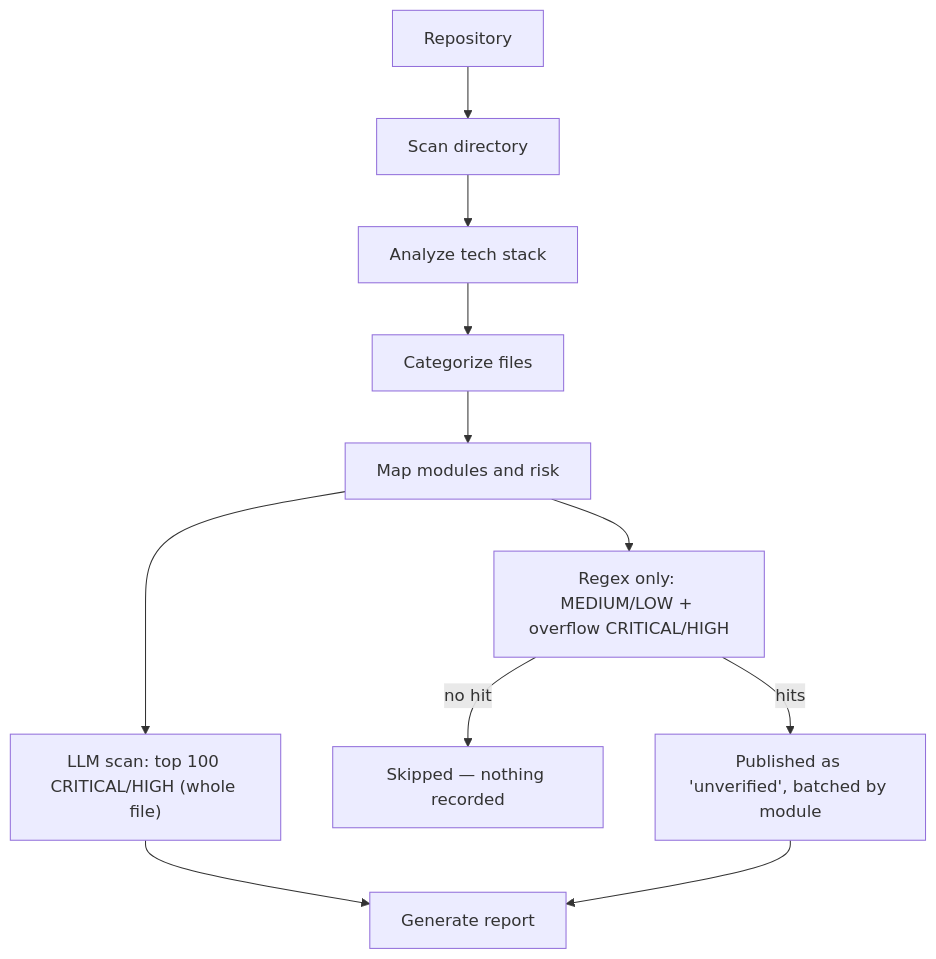
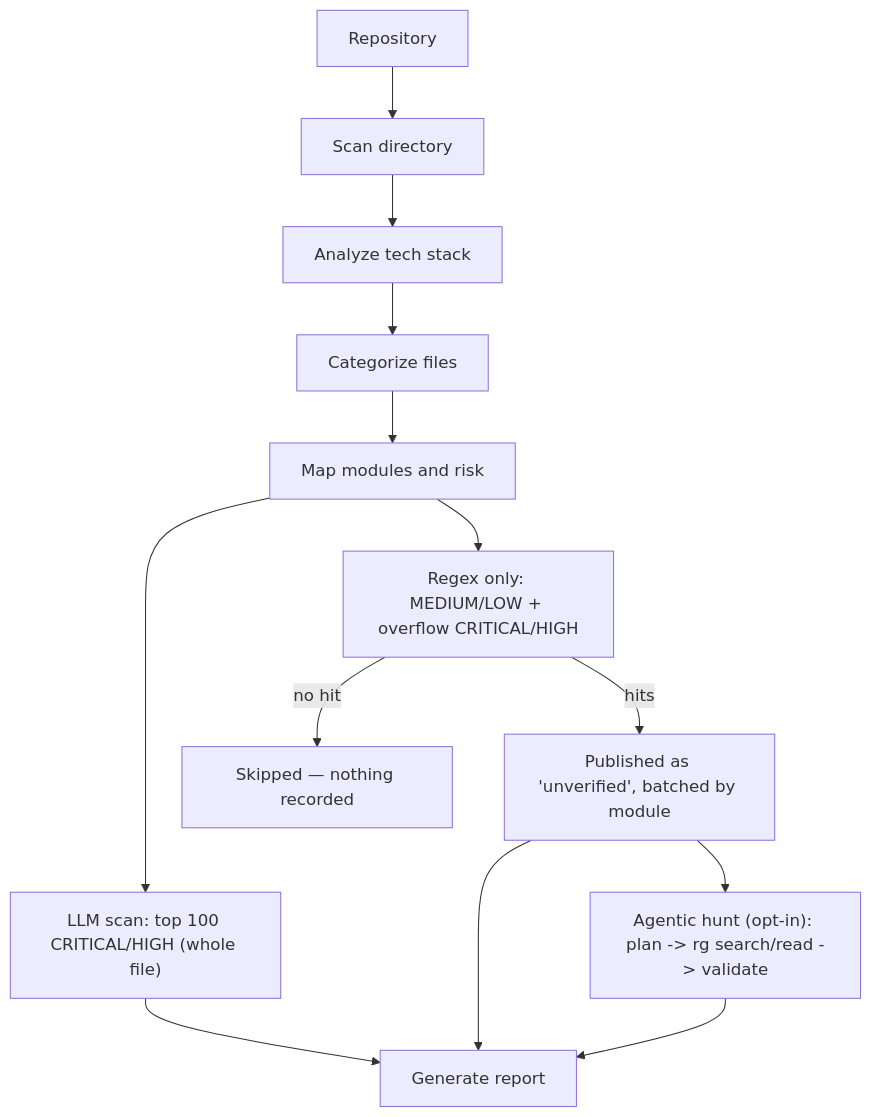
Before and after one commit to Bharath7842/secure-build: the diagram in backend/sast_engine/README.md, drawn with Mermaid. The commit also changed other lines of this file and 141 other files, not shown here.

First line of the commit message:
feat: agentic hunt, Joern integration, LLM token efficiency, DAST passive enrichment

````diff
--- a/backend/sast_engine/README.md
+++ b/backend/sast_engine/README.md
@@ -6,13 +6,15 @@
 ```mermaid
 flowchart TD
     Repo[Repository] --> Scan[Scan directory]
     Scan --> Stack[Analyze tech stack]
     Stack --> Categorize[Categorize files]
     Categorize --> Risk[Map modules and risk]
     Risk --> DeepScan["LLM scan: top 100 CRITICAL/HIGH (whole file)"]
     Risk --> Triage["Regex only: MEDIUM/LOW + overflow CRITICAL/HIGH"]
     Triage -->|no hit| Skipped["Skipped — nothing recorded"]
     Triage -->|hits| Unverified["Published as 'unverified', batched by module"]
     DeepScan --> Report[Generate report]
     Unverified --> Report
+    Unverified --> Hunt["Agentic hunt (opt-in): plan -> rg search/read -> validate"]
+    Hunt --> Report
 ```
````
